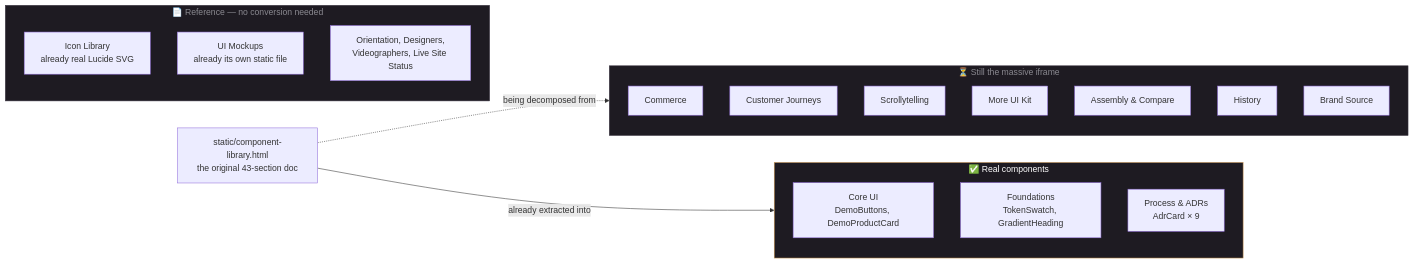
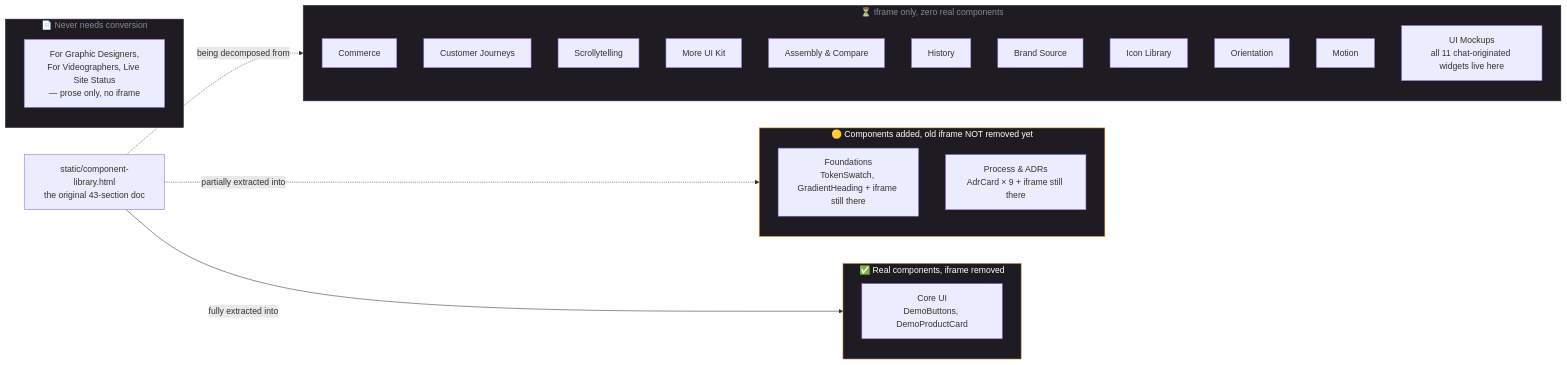
Before and after one commit to andiekobbietks/afj-docs: the first of 2 diagrams in README.md, drawn with Mermaid. The commit also changed other lines of this file, not shown here.

Commit message:
Fix a diagram that was actively wrong, found by re-checking the actual files
The migration-status diagram claimed Foundations and Process & ADRs were
fully converted to real components. Checked the actual files: both still
have the original iframe rendering too (EmbeddedPreview never got
removed, only the new components got added alongside it). Corrected to
a three-state diagram: done (Core UI, iframe actually gone) / half-done
(components added, iframe still there — redundant, not clean) / not
started (11 pages, iframe only, includes all 11 of the originally
chat-built UI mockup widgets, none of which have been converted).

````diff
--- a/README.md
+++ b/README.md
@@ -67,31 +67,38 @@
 ```mermaid
 flowchart LR
-    subgraph done["✅ Real components"]
+    subgraph done["✅ Real components, iframe removed"]
         CoreUI["Core UI<br/>DemoButtons, DemoProductCard"]
-        Foundations["Foundations<br/>TokenSwatch, GradientHeading"]
-        ADRs["Process & ADRs<br/>AdrCard × 9"]
     end
 
-    subgraph pending["⏳ Still the massive iframe"]
+    subgraph half["🟡 Components added, old iframe NOT removed yet"]
+        Foundations["Foundations<br/>TokenSwatch, GradientHeading + iframe still there"]
+        ADRs["Process & ADRs<br/>AdrCard × 9 + iframe still there"]
+    end
+
+    subgraph pending["⏳ Iframe only, zero real components"]
         Commerce["Commerce"]
         Journeys["Customer Journeys"]
         Scrolly["Scrollytelling"]
         MoreUI["More UI Kit"]
         Assembly["Assembly & Compare"]
         History["History"]
         Brand["Brand Source"]
+        Icons2["Icon Library"]
+        Orient2["Orientation"]
+        MotionPage["Motion"]
+        Mockups["UI Mockups<br/>all 11 chat-originated widgets live here"]
     end
 
-    subgraph reference["📄 Reference — no conversion needed"]
-        Icons["Icon Library<br/>already real Lucide SVG"]
-        Mockups["UI Mockups<br/>already its own static file"]
-        Orient["Orientation, Designers,<br/>Videographers, Live Site Status"]
+    subgraph reference["📄 Never needs conversion"]
+        Designers["For Graphic Designers,<br/>For Videographers, Live Site Status<br/>— prose only, no iframe"]
     end
 
     Source["static/component-library.html<br/>the original 43-section doc"] -.->|being decomposed from| pending
-    Source -->|already extracted into| done
+    Source -.->|partially extracted into| half
+    Source -->|fully extracted into| done
 
     style done fill:#1E1B22,stroke:#C99552,color:#fff
+    style half fill:#1E1B22,stroke:#f39c12,color:#fff
     style pending fill:#1E1B22,stroke:#3A3441,color:#8a8990
     style reference fill:#1E1B22,stroke:#3A3441,color:#8a8990
 ```
````
